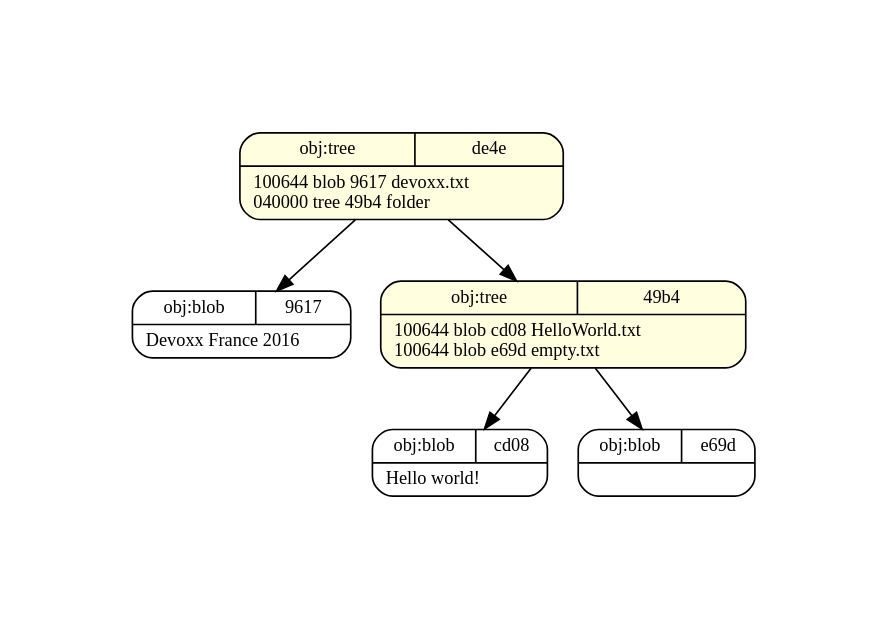
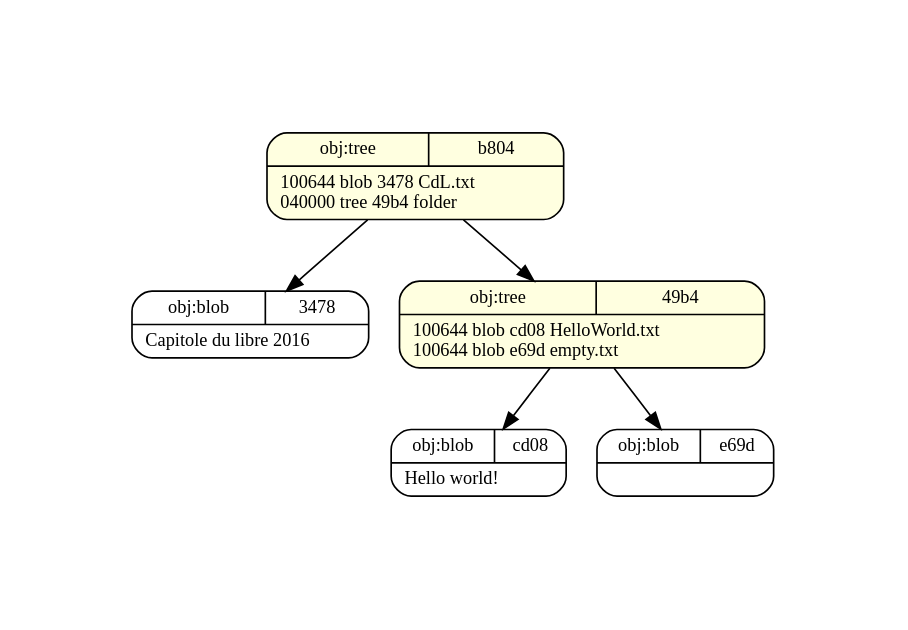
The diagram in create_trees.dot (zigarn/git-internals), drawn with Graphviz before and after one commit. The commit also changed 10 other files, not shown here.

Commit message:
Adapt for 'Capitole du libre 2016'

```diff
--- a/create_trees.dot
+++ b/create_trees.dot
@@ -1,14 +1,14 @@
 digraph structs {
   pad="1,1";
   node [shape=record,fontsize=11];
   rankdir="TB";
-  _de4e [fillcolor="lightyellow", style="filled,rounded", label="{{obj:tree|de4e}|100644\ blob\ 9617\	devoxx\.txt\l040000\ tree\ 49b4\	folder\l}"]
-  _de4e -> _9617
-  _de4e -> _49b4
+  _b804 [fillcolor="lightyellow", style="filled,rounded", label="{{obj:tree|b804}|100644\ blob\ 3478\	CdL\.txt\l040000\ tree\ 49b4\	folder\l}"]
+  _b804 -> _3478
+  _b804 -> _49b4
   _cd08 [fillcolor="white", style="filled,rounded", label="{{obj:blob|cd08}|Hello\ world\!\l}"]
   _e69d [fillcolor="white", style="filled,rounded", label="{{obj:blob|e69d}|}"]
   _49b4 [fillcolor="lightyellow", style="filled,rounded", label="{{obj:tree|49b4}|100644\ blob\ cd08\	HelloWorld\.txt\l100644\ blob\ e69d\	empty\.txt\l}"]
   _49b4 -> _cd08
   _49b4 -> _e69d
-  _9617 [fillcolor="white", style="filled,rounded", label="{{obj:blob|9617}|Devoxx\ France\ 2016\l}"]
+  _3478 [fillcolor="white", style="filled,rounded", label="{{obj:blob|3478}|Capitole\ du\ libre\ 2016\l}"]
 }
```
